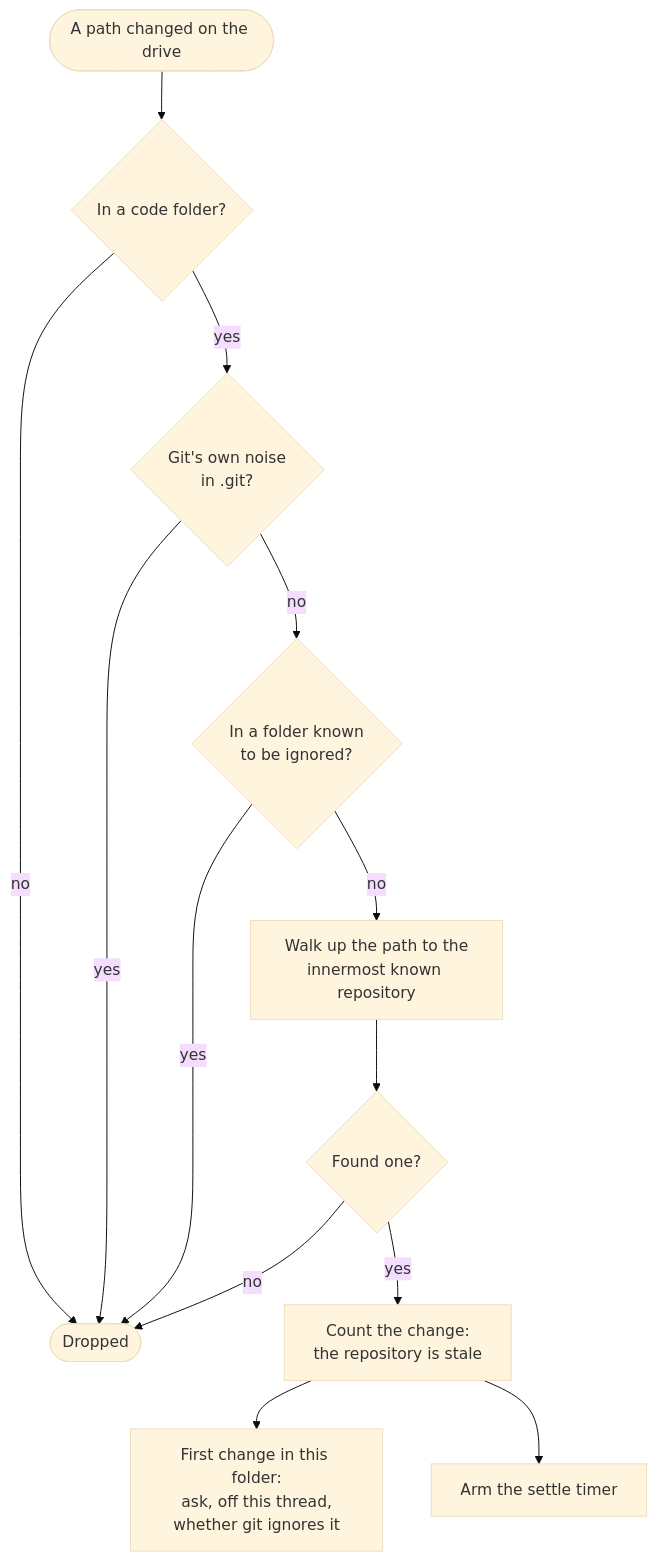
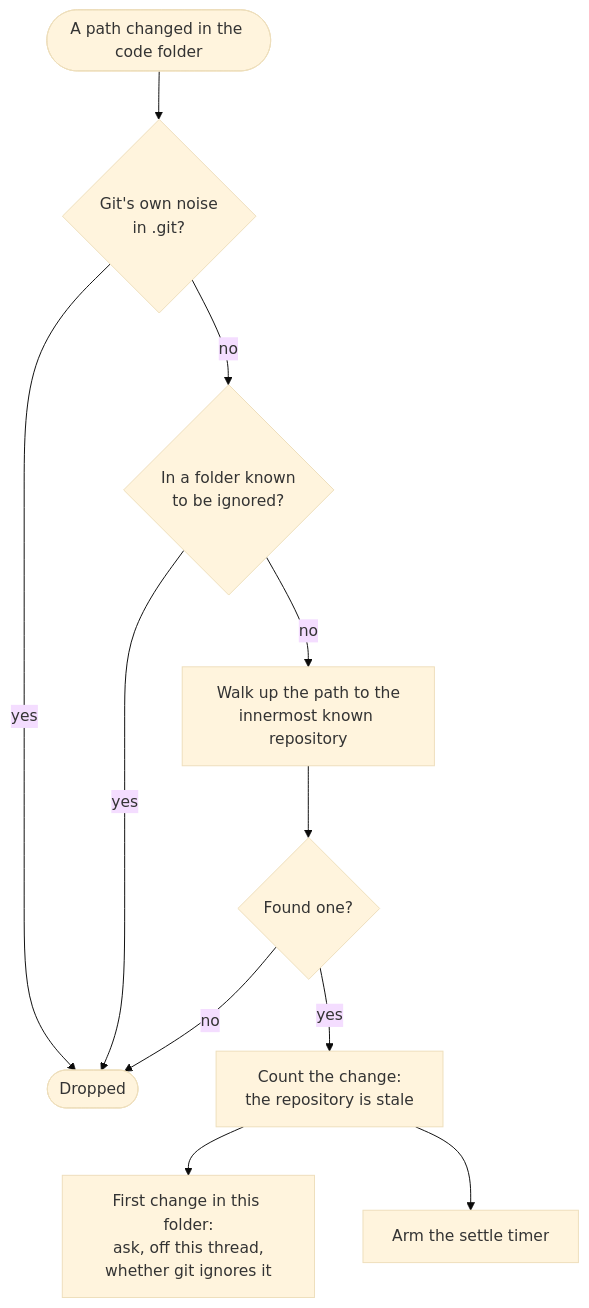
The third of 6 diagrams in docs/git-status.md (SimonCropp/Lode), drawn with Mermaid (base theme) before and after one commit. The commit also changed other lines of this file and 19 other files, not shown here.

````diff
--- a/docs/git-status.md
+++ b/docs/git-status.md
@@ -91,15 +108,13 @@
 ```mermaid
 flowchart TD
-    Change(["A path changed on the drive"]) --> InCode{"In a code folder?"}
-    InCode -->|no| Drop(["Dropped"])
-    InCode -->|yes| Noise{"Git's own noise<br/>in .git?"}
-    Noise -->|yes| Drop
+    Change(["A path changed in the code folder"]) --> Noise{"Git's own noise<br/>in .git?"}
+    Noise -->|yes| Drop(["Dropped"])
     Noise -->|no| Ignored{"In a folder known<br/>to be ignored?"}
     Ignored -->|yes| Drop
     Ignored -->|no| Walk["Walk up the path to the<br/>innermost known repository"]
     Walk --> Found{"Found one?"}
     Found -->|no| Drop
     Found -->|yes| Mark["Count the change:<br/>the repository is stale"]
     Mark --> Learn["First change in this folder:<br/>ask, off this thread,<br/>whether git ignores it"]
     Mark --> Arm["Arm the settle timer"]
 ```
````
